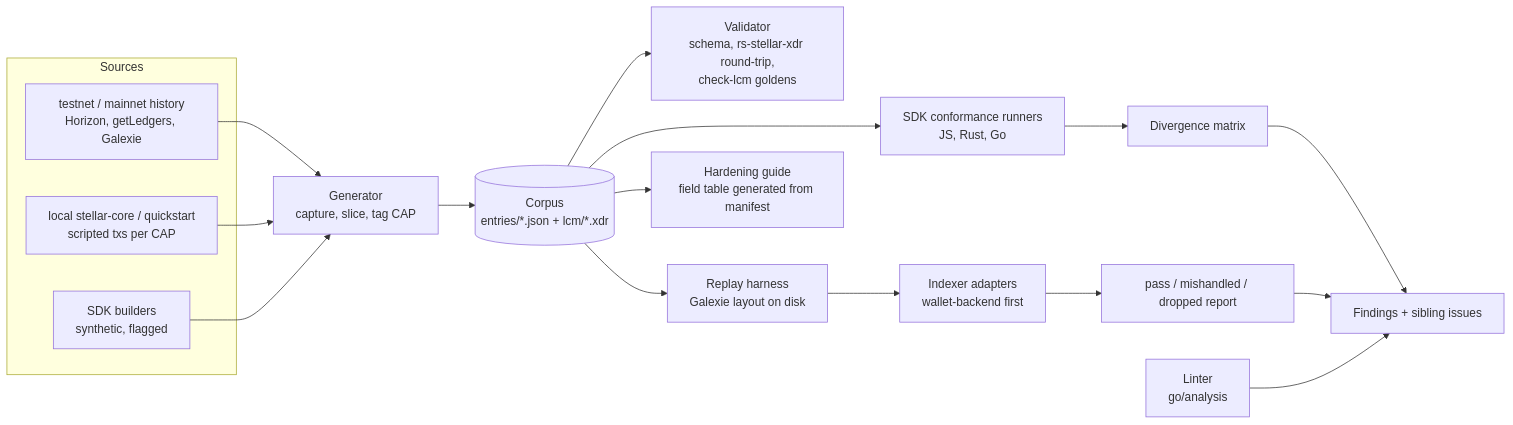
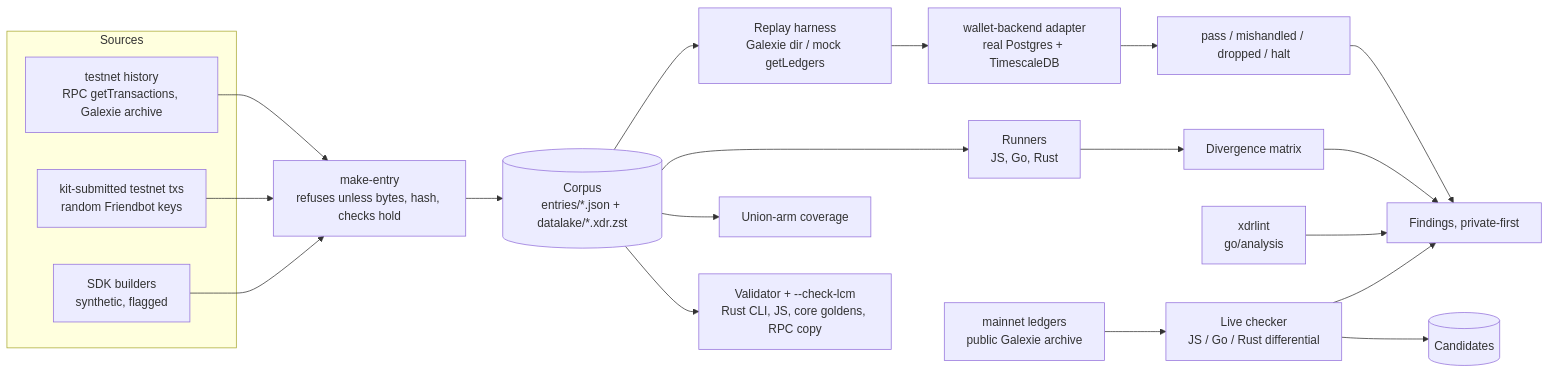
Before and after one commit to JoseCToscano/xdr-cap-coverage-kit: the diagram in ARCHITECTURE.md, drawn with Mermaid. The commit also changed other lines of this file and 268 other files, not shown here.

First line of the commit message:
Live mainnet differential checker, status site, corpus and replay harness

````diff
--- a/ARCHITECTURE.md
+++ b/ARCHITECTURE.md
@@ -14,22 +15,25 @@
 ```mermaid
 flowchart LR
   subgraph Sources
-    T[testnet / mainnet history<br/>Horizon, getLedgers, Galexie]
-    Q[local stellar-core / quickstart<br/>scripted txs per CAP]
+    T[testnet history<br/>RPC getTransactions, Galexie archive]
+    K[kit-submitted testnet txs<br/>random Friendbot keys]
     S[SDK builders<br/>synthetic, flagged]
   end
-  T --> G[Generator<br/>capture, slice, tag CAP]
-  Q --> G
+  T --> G[make-entry<br/>refuses unless bytes, hash, checks hold]
+  K --> G
   S --> G
-  G --> C[(Corpus<br/>entries/*.json + lcm/*.xdr)]
-  C --> V[Validator<br/>schema, rs-stellar-xdr round-trip,<br/>check-lcm goldens]
-  C --> R[SDK conformance runners<br/>JS, Rust, Go]
-  C --> H[Replay harness<br/>Galexie layout on disk]
-  H --> A[Indexer adapters<br/>wallet-backend first]
+  G --> C[(Corpus<br/>entries/*.json + datalake/*.xdr.zst)]
+  C --> V[Validator + --check-lcm<br/>Rust CLI, JS, core goldens, RPC copy]
+  C --> COV[Union-arm coverage]
+  C --> R[Runners<br/>JS, Go, Rust]
+  C --> H[Replay harness<br/>Galexie dir / mock getLedgers]
+  H --> A[wallet-backend adapter<br/>real Postgres + TimescaleDB]
   R --> M[Divergence matrix]
-  A --> P[pass / mishandled / dropped report]
-  M --> F[Findings + sibling issues]
+  A --> P[pass / mishandled / dropped / halt]
+  L[xdrlint<br/>go/analysis] --> F[Findings, private-first]
+  M --> F
+  N[mainnet ledgers<br/>public Galexie archive] --> LC[Live checker<br/>JS / Go / Rust differential]
+  LC --> CA[(Candidates)]
+  LC --> F
   P --> F
-  L[Linter<br/>go/analysis] --> F
-  C --> D[Hardening guide<br/>field table generated from manifest]
 ```
````
